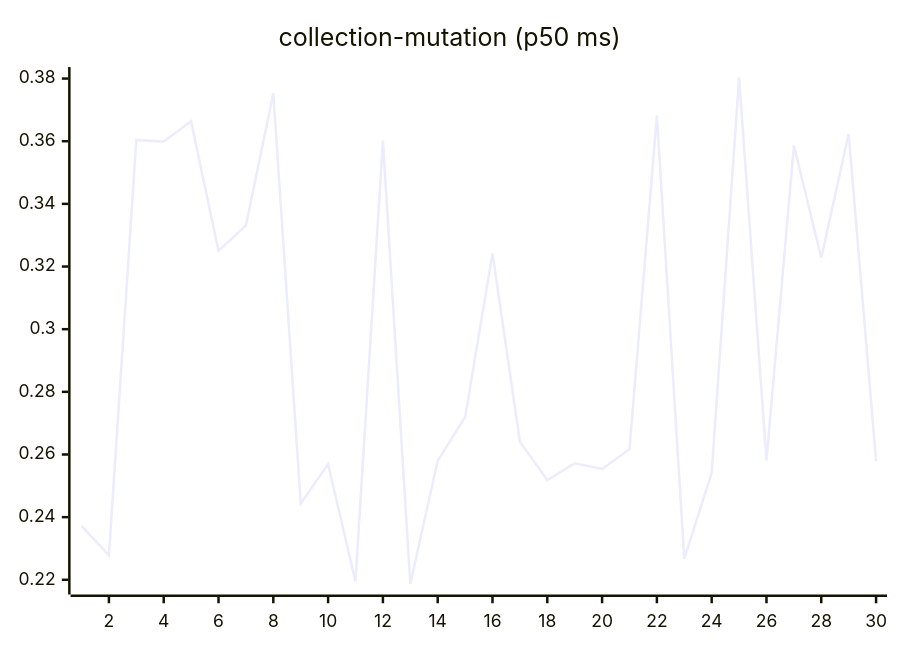
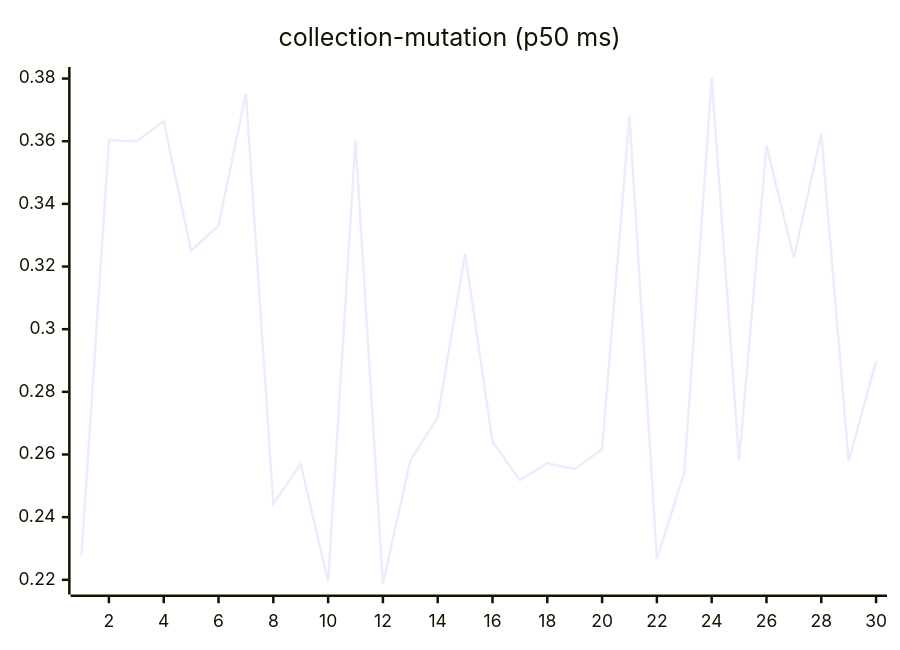
One commit to josha/Facet changed the sixth of 27 diagrams in README.md. Above: the diagram before and after it, drawn with Mermaid. The commit also changed other lines of this file and 2 other files, not shown here.

````diff
--- a/README.md
+++ b/README.md
@@ -98,6 +98,6 @@
 ```mermaid
 xychart-beta
     title "collection-mutation (p50 ms)"
     x-axis 1 --> 30
-    line [0.2372, 0.2278, 0.3604, 0.3599, 0.3664, 0.3250, 0.3331, 0.3753, 0.2444, 0.2569, 0.2195, 0.3602, 0.2187, 0.2580, 0.2719, 0.3242, 0.2641, 0.2518, 0.2572, 0.2554, 0.2617, 0.3682, 0.2267, 0.2541, 0.3803, 0.2581, 0.3586, 0.3228, 0.3623, 0.2579]
+    line [0.2278, 0.3604, 0.3599, 0.3664, 0.3250, 0.3331, 0.3753, 0.2444, 0.2569, 0.2195, 0.3602, 0.2187, 0.2580, 0.2719, 0.3242, 0.2641, 0.2518, 0.2572, 0.2554, 0.2617, 0.3682, 0.2267, 0.2541, 0.3803, 0.2581, 0.3586, 0.3228, 0.3623, 0.2579, 0.2898]
 ```
````
